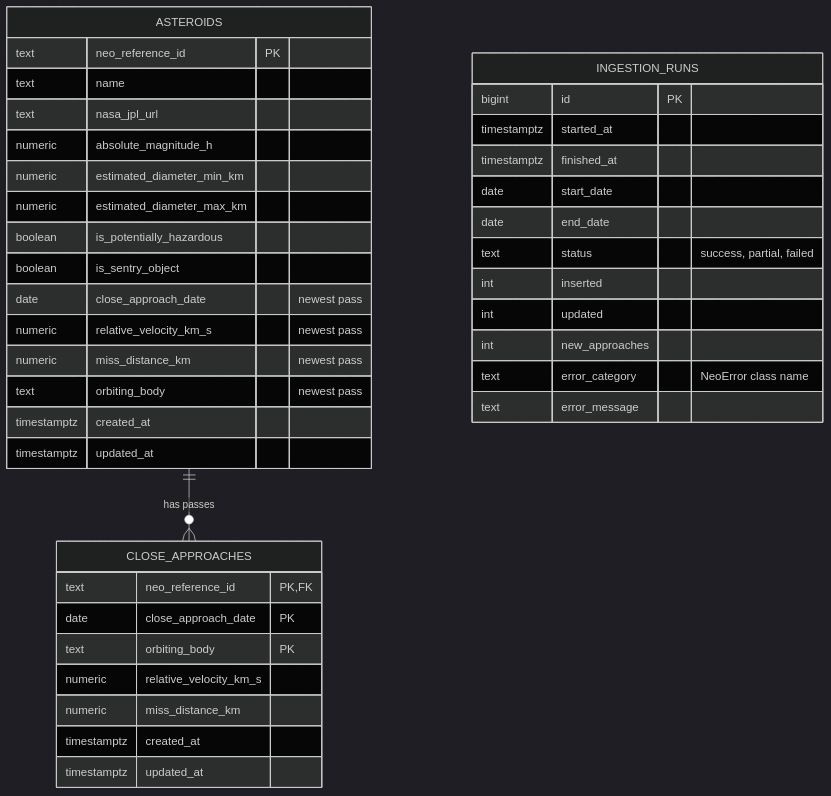
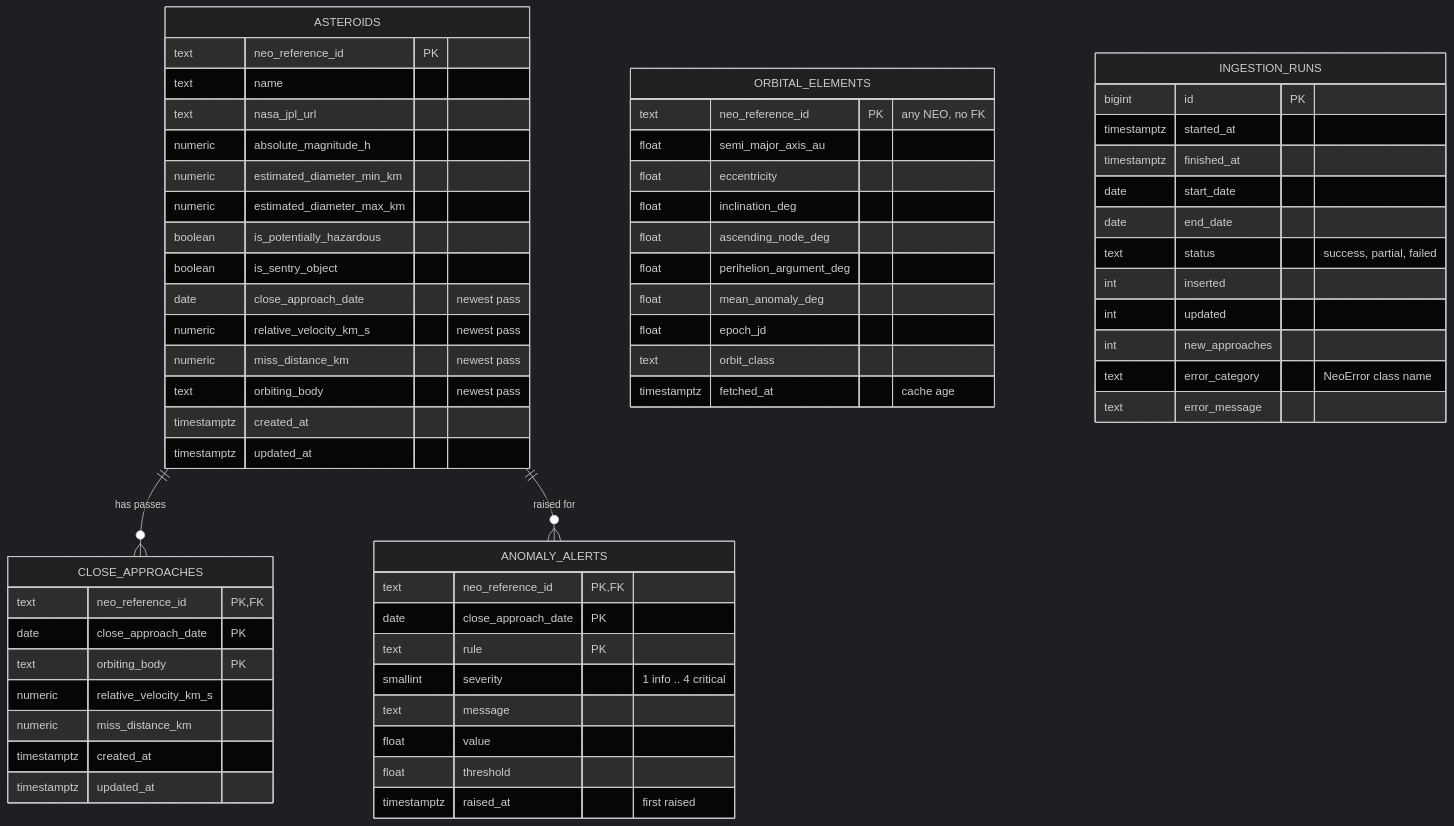
The fifth of 5 diagrams in docs/ARCHITECTURE.md (ksbn/neo-project), drawn with Mermaid (dark theme) before and after one commit. The commit also changed other lines of this file and 24 other files, not shown here.

First line of the commit message:
Add orbit enrichment with a local cache, and score alerts at ingest

````diff
--- a/docs/ARCHITECTURE.md
+++ b/docs/ARCHITECTURE.md
@@ -161,42 +161,65 @@
 ```mermaid
 erDiagram
     ASTEROIDS ||--o{ CLOSE_APPROACHES : "has passes"
     ASTEROIDS {
         text neo_reference_id PK
         text name
         text nasa_jpl_url
         numeric absolute_magnitude_h
         numeric estimated_diameter_min_km
         numeric estimated_diameter_max_km
         boolean is_potentially_hazardous
         boolean is_sentry_object
         date close_approach_date "newest pass"
         numeric relative_velocity_km_s "newest pass"
         numeric miss_distance_km "newest pass"
         text orbiting_body "newest pass"
         timestamptz created_at
         timestamptz updated_at
     }
     CLOSE_APPROACHES {
         text neo_reference_id PK, FK
         date close_approach_date PK
         text orbiting_body PK
         numeric relative_velocity_km_s
         numeric miss_distance_km
         timestamptz created_at
         timestamptz updated_at
     }
+    ASTEROIDS ||--o{ ANOMALY_ALERTS : "raised for"
+    ANOMALY_ALERTS {
+        text neo_reference_id PK, FK
+        date close_approach_date PK
+        text rule PK
+        smallint severity "1 info .. 4 critical"
+        text message
+        float value
+        float threshold
+        timestamptz raised_at "first raised"
+    }
+    ORBITAL_ELEMENTS {
+        text neo_reference_id PK "any NEO, no FK"
+        float semi_major_axis_au
+        float eccentricity
+        float inclination_deg
+        float ascending_node_deg
+        float perihelion_argument_deg
+        float mean_anomaly_deg
+        float epoch_jd
+        text orbit_class
+        timestamptz fetched_at "cache age"
+    }
     INGESTION_RUNS {
         bigint id PK
         timestamptz started_at
         timestamptz finished_at
         date start_date
         date end_date
         text status "success, partial, failed"
         int inserted
         int updated
         int new_approaches
         text error_category "NeoError class name"
         text error_message
     }
 ```
````
